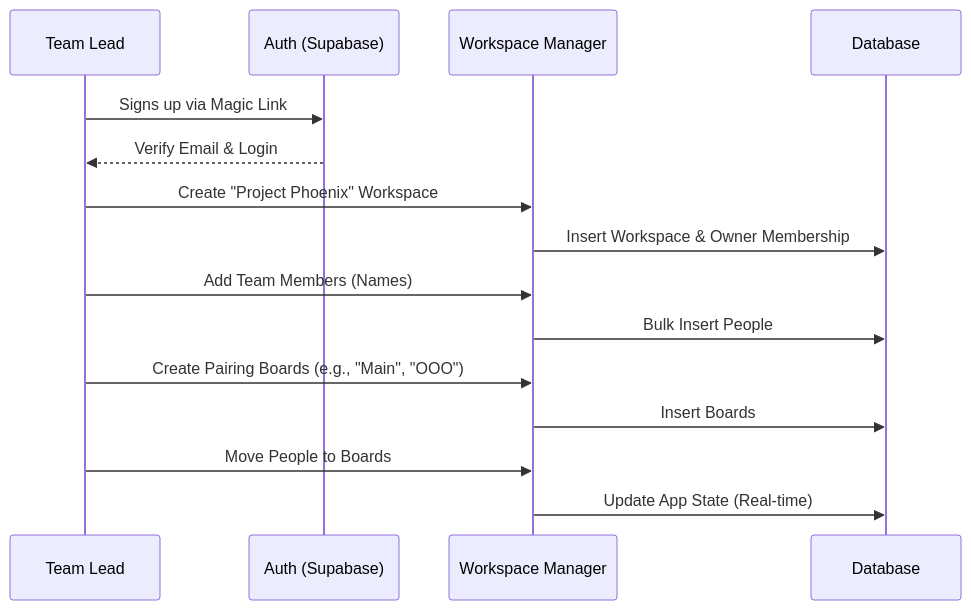
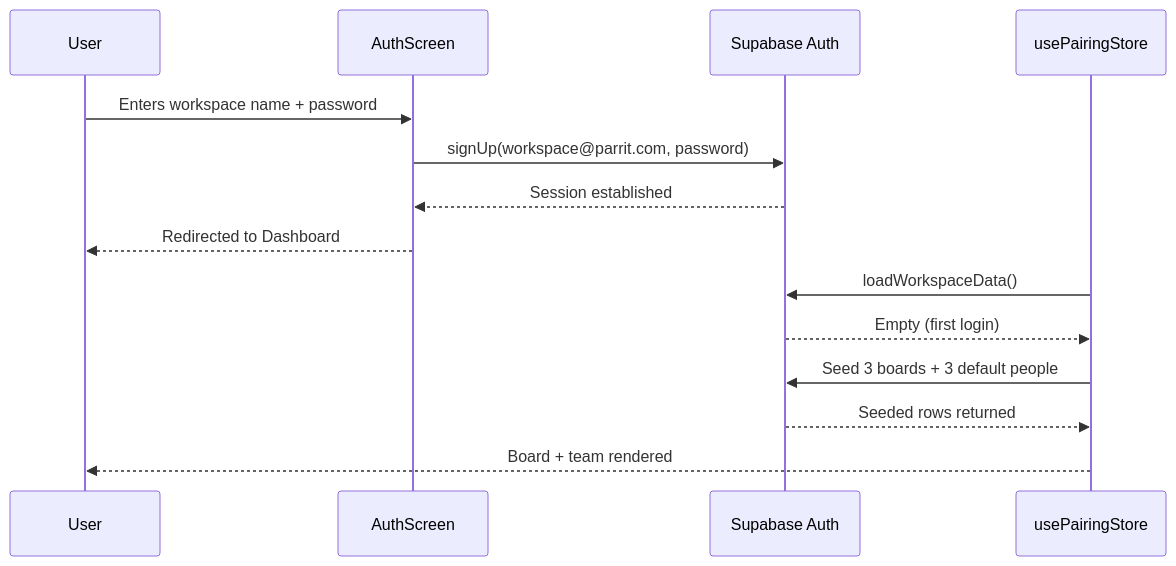
The second of 3 diagrams in docs/context/architecture.md (mketiku/parrit), drawn with Mermaid before and after one commit. The commit also changed other lines of this file and 10 other files, not shown here.

Commit message:
feat: toast notifications, real-time sync, schema moved to supabase/, docs updated

````diff
--- a/docs/context/architecture.md
+++ b/docs/context/architecture.md
@@ -86,18 +77,17 @@
 ```mermaid
 sequenceDiagram
-    participant U as Team Lead
-    participant A as Auth (Supabase)
-    participant W as Workspace Manager
-    participant D as Database
+    participant U as User
+    participant A as AuthScreen
+    participant S as Supabase Auth
+    participant P as usePairingStore
 
-    U->>A: Signs up via Magic Link
-    A-->>U: Verify Email & Login
-    U->>W: Create "Project Phoenix" Workspace
-    W->>D: Insert Workspace & Owner Membership
-    U->>W: Add Team Members (Names)
-    W->>D: Bulk Insert People
-    U->>W: Create Pairing Boards (e.g., "Main", "OOO")
-    W->>D: Insert Boards
-    U->>W: Move People to Boards
-    W->>D: Update App State (Real-time)
+    U->>A: Enters workspace name + password
+    A->>S: signUp(workspace@parrit.com, password)
+    S-->>A: Session established
+    A-->>U: Redirected to Dashboard
+    P->>S: loadWorkspaceData()
+    S-->>P: Empty (first login)
+    P->>S: Seed 3 boards + 3 default people
+    S-->>P: Seeded rows returned
+    P-->>U: Board + team rendered
 ```
````
